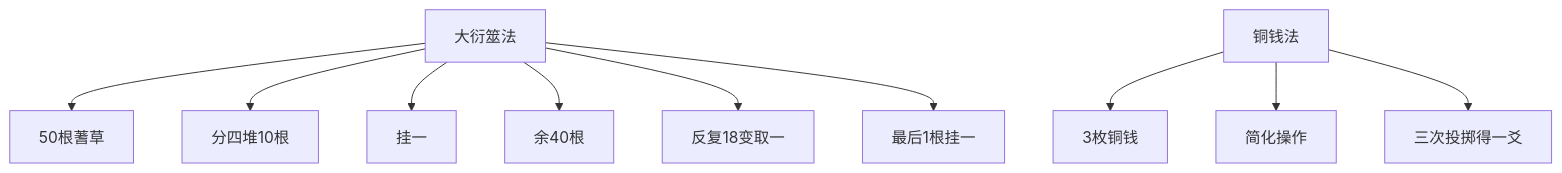
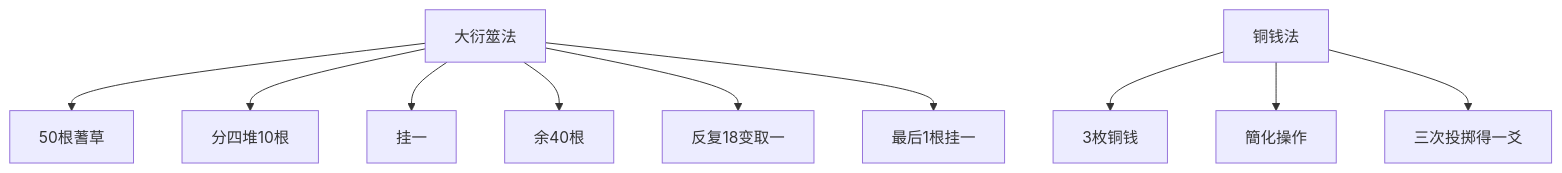
Before and after one commit to kmjade/knowledge-value: the ninth of 9 diagrams in 3 Resources/04-Interests/易学/03-占卜方法/铜钱卦法.md, drawn with Mermaid. The commit also changed other lines of this file and 653 other files, not shown here.

````diff
--- a/3 Resources/04-Interests/易学/03-占卜方法/铜钱卦法.md
+++ b/3 Resources/04-Interests/易学/03-占卜方法/铜钱卦法.md
@@ -277,13 +277,13 @@
 ```mermaid
 graph TB
     A[大衍筮法] --> B[50根蓍草]
     A --> C[分四堆10根]
     A --> D[挂一]
     A --> E[余40根]
     A --> F[反复18变取一]
     A --> G[最后1根挂一]
     
     H[铜钱法] --> I[3枚铜钱]
-    H --> J[简化操作]
+    H --> J[簡化操作]
     H --> K[三次投掷得一爻]
 ```
````
